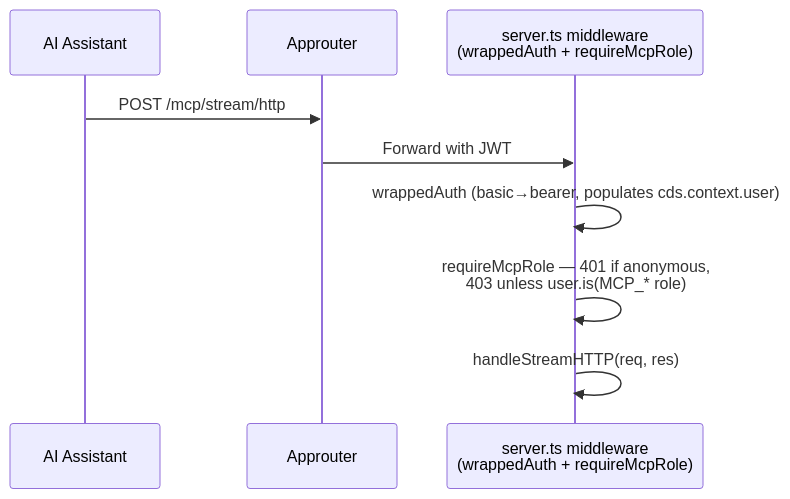
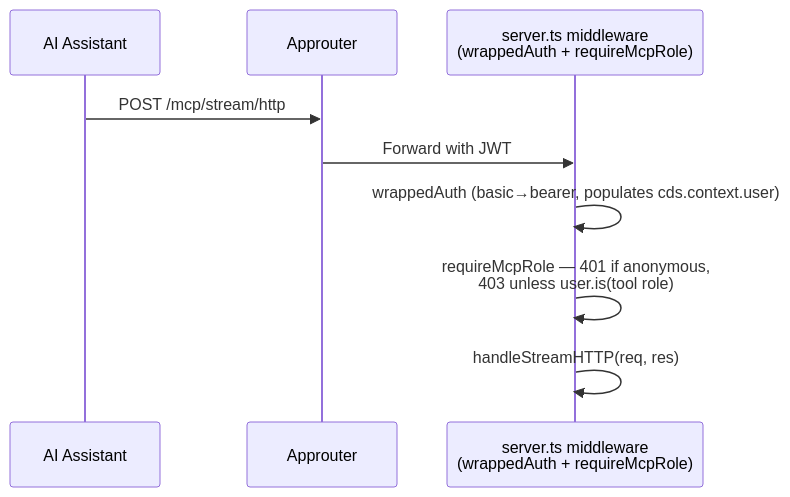
The sixth of 23 diagrams in docs/architecture/ARCHITECTURE.md (fr0ster/cloud-llm-hub), drawn with Mermaid before and after one commit. The commit also changed other lines of this file and 26 other files, not shown here.

````diff
--- a/docs/architecture/ARCHITECTURE.md
+++ b/docs/architecture/ARCHITECTURE.md
@@ -618,12 +618,12 @@
 ```mermaid
 sequenceDiagram
     participant Client as AI Assistant
     participant AR as Approuter
     participant MW as server.ts middleware<br/>(wrappedAuth + requireMcpRole)
 
     Client->>AR: POST /mcp/stream/http
     AR->>MW: Forward with JWT
     MW->>MW: wrappedAuth (basic→bearer, populates cds.context.user)
-    MW->>MW: requireMcpRole — 401 if anonymous,<br/>403 unless user.is(MCP_* role)
+    MW->>MW: requireMcpRole — 401 if anonymous,<br/>403 unless user.is(tool role)
     MW->>MW: handleStreamHTTP(req, res)
 ```
````
